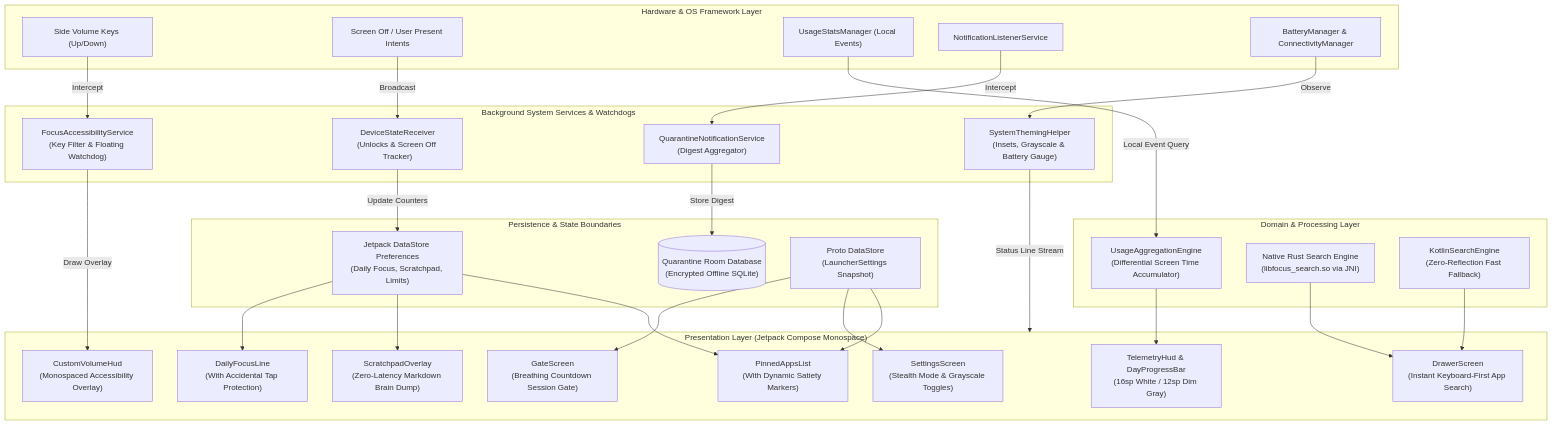
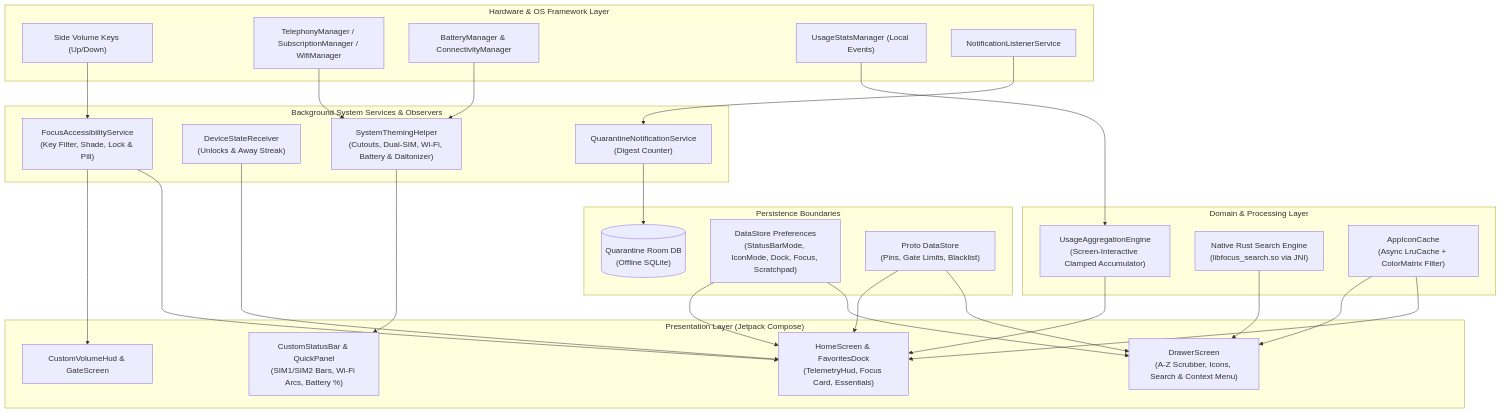
Before and after one commit to RayAashish/creativity-with-ai: the diagram in anti-addication-launcher/README.md, drawn with Mermaid. The commit also changed other lines of this file and 25 other files, not shown here.

Commit message:
feat(focus-launcher): add custom Dual-SIM/Wi-Fi/Battery status bar, app icons, favorites dock, A-Z drawer, and v1.1.0 release

````diff
--- a/anti-addication-launcher/README.md
+++ b/anti-addication-launcher/README.md
@@ -64,56 +63,49 @@
 ```mermaid
 graph TD
     subgraph HardwareAndOS["Hardware & OS Framework Layer"]
         HardwareKeys["Side Volume Keys (Up/Down)"]
-        PowerAndScreen["Screen Off / User Present Intents"]
+        TelephonyWifi["TelephonyManager / SubscriptionManager / WifiManager"]
+        BatteryAndNet["BatteryManager & ConnectivityManager"]
         SystemUsage["UsageStatsManager (Local Events)"]
         NotificationStream["NotificationListenerService"]
-        BatteryNetwork["BatteryManager & ConnectivityManager"]
     end
 
-    subgraph ServiceLayer["Background System Services & Watchdogs"]
-        A11yService["FocusAccessibilityService<br/>(Key Filter & Floating Watchdog)"]
-        Receiver["DeviceStateReceiver<br/>(Unlocks & Screen Off Tracker)"]
-        NotifService["QuarantineNotificationService<br/>(Digest Aggregator)"]
-        ThemingHelper["SystemThemingHelper<br/>(Insets, Grayscale & Battery Gauge)"]
+    subgraph ServiceLayer["Background System Services & Observers"]
+        A11yService["FocusAccessibilityService<br/>(Key Filter, Shade, Lock & Pill)"]
+        Receiver["DeviceStateReceiver<br/>(Unlocks & Away Streak)"]
+        NotifService["QuarantineNotificationService<br/>(Digest Counter)"]
+        ThemingHelper["SystemThemingHelper<br/>(Cutouts, Dual-SIM, Wi-Fi, Battery & Daltonizer)"]
     end
 
     subgraph CoreEngine["Domain & Processing Layer"]
-        UsageEngine["UsageAggregationEngine<br/>(Differential Screen Time Accumulator)"]
+        UsageEngine["UsageAggregationEngine<br/>(Screen-Interactive Clamped Accumulator)"]
         RustNDK["Native Rust Search Engine<br/>(libfocus_search.so via JNI)"]
-        KotlinSearch["KotlinSearchEngine<br/>(Zero-Reflection Fast Fallback)"]
+        IconCache["AppIconCache<br/>(Async LruCache + ColorMatrix Filter)"]
     end
 
-    subgraph StorageLayer["Persistence & State Boundaries"]
-        RoomDB[("Quarantine Room Database<br/>(Encrypted Offline SQLite)")]
-        DataStorePreferences["Jetpack DataStore Preferences<br/>(Daily Focus, Scratchpad, Limits)"]
-        ProtoDataStore["Proto DataStore<br/>(LauncherSettings Snapshot)"]
+    subgraph StorageLayer["Persistence Boundaries"]
+        RoomDB[("Quarantine Room DB<br/>(Offline SQLite)")]
+        DataStorePreferences["DataStore Preferences<br/>(StatusBarMode, IconMode, Dock, Focus, Scratchpad)"]
+        ProtoDataStore["Proto DataStore<br/>(Pins, Gate Limits, Blacklist)"]
     end
 
-    subgraph UIComponents["Presentation Layer (Jetpack Compose Monospace)"]
-        HUD["TelemetryHud & DayProgressBar<br/>(16sp White / 12sp Dim Gray)"]
-        FocusLine["DailyFocusLine<br/>(With Accidental Tap Protection)"]
-        PinnedList["PinnedAppsList<br/>(With Dynamic Satiety Markers)"]
-        Scratchpad["ScratchpadOverlay<br/>(Zero-Latency Markdown Brain Dump)"]
-        AppDrawer["DrawerScreen<br/>(Instant Keyboard-First App Search)"]
-        VolumeHud["CustomVolumeHud<br/>(Monospaced Accessibility Overlay)"]
-        GateScreen["GateScreen<br/>(Breathing Countdown Session Gate)"]
-        SettingsUI["SettingsScreen<br/>(Stealth Mode & Grayscale Toggles)"]
+    subgraph UIComponents["Presentation Layer (Jetpack Compose)"]
+        CustomBar["CustomStatusBar & QuickPanel<br/>(SIM1/SIM2 Bars, Wi-Fi Arcs, Battery %)"]
+        HomeCanvas["HomeScreen & FavoritesDock<br/>(TelemetryHud, Focus Card, Essentials)"]
+        AppDrawer["DrawerScreen<br/>(A-Z Scrubber, Icons, Search & Context Menu)"]
+        VolumeHud["CustomVolumeHud & GateScreen"]
     end
 
-    HardwareKeys -->|Intercept| A11yService
-    PowerAndScreen -->|Broadcast| Receiver
-    SystemUsage -->|Local Event Query| UsageEngine
-    NotificationStream -->|Intercept| NotifService
-    BatteryNetwork -->|Observe| ThemingHelper
+    HardwareKeys --> A11yService
+    TelephonyWifi & BatteryAndNet --> ThemingHelper
+    SystemUsage --> UsageEngine
+    NotificationStream --> NotifService
 
-    A11yService -->|Draw Overlay| VolumeHud
-    Receiver -->|Update Counters| DataStorePreferences
-    NotifService -->|Store Digest| RoomDB
-    ThemingHelper -->|Status Line Stream| UIComponents
-
-    UsageEngine --> HUD
-    RustNDK & KotlinSearch --> AppDrawer
-    DataStorePreferences --> FocusLine & Scratchpad & PinnedList
-    ProtoDataStore --> GateScreen & SettingsUI & PinnedList
+    ThemingHelper --> CustomBar
+    UsageEngine & Receiver --> HomeCanvas
+    RustNDK & IconCache --> AppDrawer
+    IconCache --> HomeCanvas
+    DataStorePreferences & ProtoDataStore --> HomeCanvas & AppDrawer
+    A11yService --> VolumeHud & HomeCanvas
+    NotifService --> RoomDB
 ```
````
